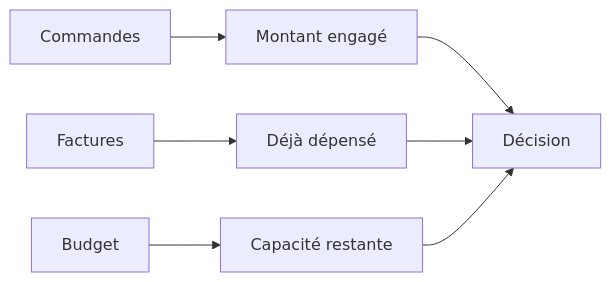
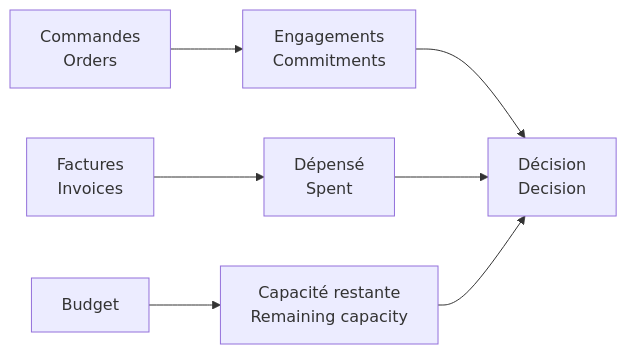
Before and after one commit to jeffersonkuku/powerbi-portfolio-projects: the diagram in powerbi-procurement-financial-control-tower/docs/BUSINESS_LOGIC.md, drawn with Mermaid. The commit also changed other lines of this file and 8 other files, not shown here.

````diff
--- a/powerbi-procurement-financial-control-tower/docs/BUSINESS_LOGIC.md
+++ b/powerbi-procurement-financial-control-tower/docs/BUSINESS_LOGIC.md
@@ -40,9 +5,9 @@
 ```mermaid
 flowchart LR
-    A[Commandes] --> D[Montant engagé]
-    B[Factures] --> E[Déjà dépensé]
-    C[Budget] --> F[Capacité restante]
-    D --> G[Décision]
+    A[Commandes<br/>Orders] --> D[Engagements<br/>Commitments]
+    B[Factures<br/>Invoices] --> E[Dépensé<br/>Spent]
+    C[Budget] --> F[Capacité restante<br/>Remaining capacity]
+    D --> G[Décision<br/>Decision]
     E --> G
     F --> G
 ```
````
